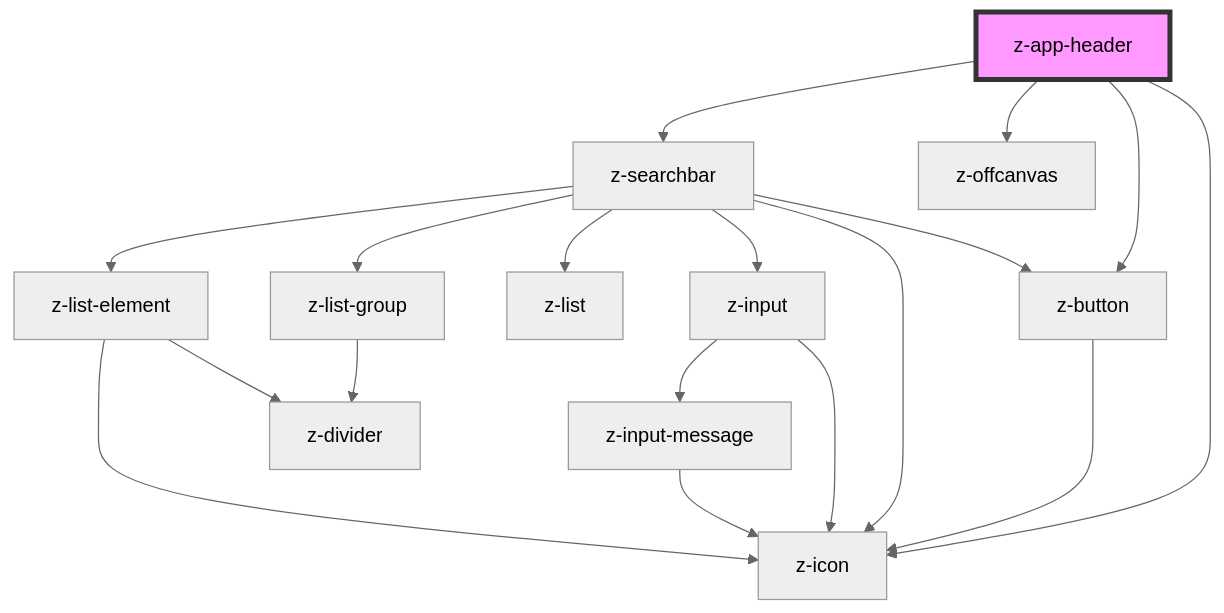
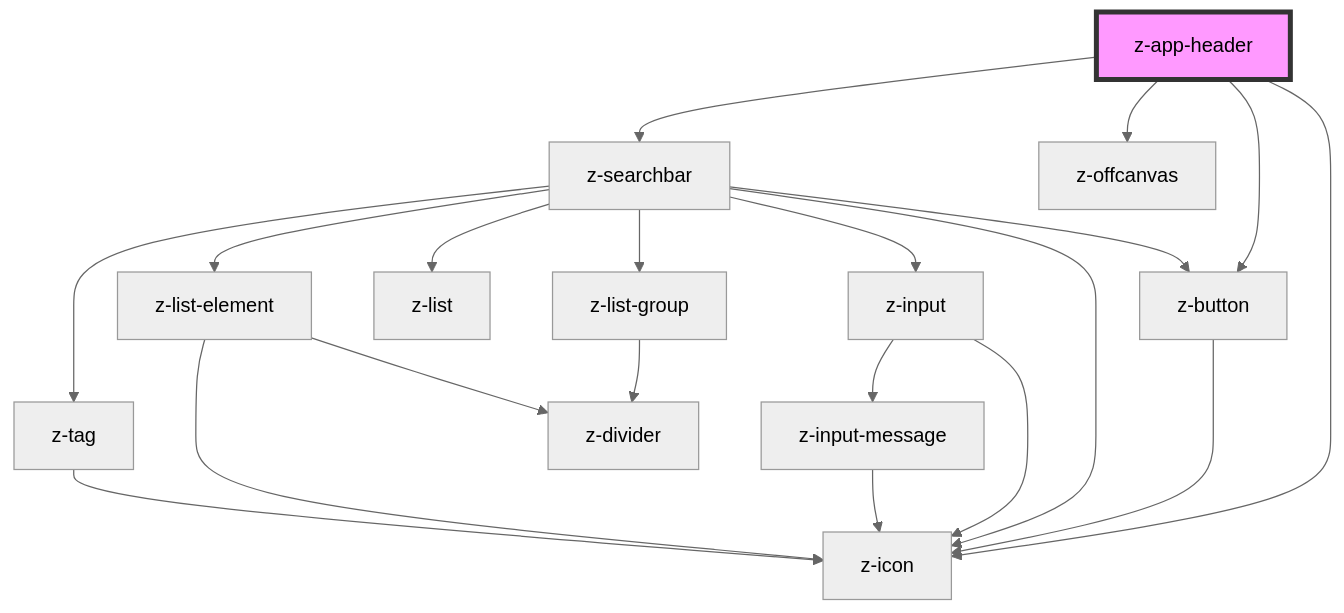
The diagram in src/components/navigation/z-app-header/readme.md (ZanichelliEditore/design-system), drawn with Mermaid (neutral theme) before and after one commit. The commit also changed 2 other files, not shown here.

Commit message:
chore: clean master build readme changes

````diff
--- a/src/components/navigation/z-app-header/readme.md
+++ b/src/components/navigation/z-app-header/readme.md
@@ -48,21 +48,23 @@
 ```mermaid
 graph TD;
   z-app-header --> z-button
   z-app-header --> z-searchbar
   z-app-header --> z-icon
   z-app-header --> z-offcanvas
   z-button --> z-icon
   z-searchbar --> z-input
   z-searchbar --> z-button
   z-searchbar --> z-list
   z-searchbar --> z-list-group
   z-searchbar --> z-list-element
   z-searchbar --> z-icon
+  z-searchbar --> z-tag
   z-input --> z-icon
   z-input --> z-input-message
   z-input-message --> z-icon
   z-list-group --> z-divider
   z-list-element --> z-icon
   z-list-element --> z-divider
+  z-tag --> z-icon
   style z-app-header fill:#f9f,stroke:#333,stroke-width:4px
 ```
````
